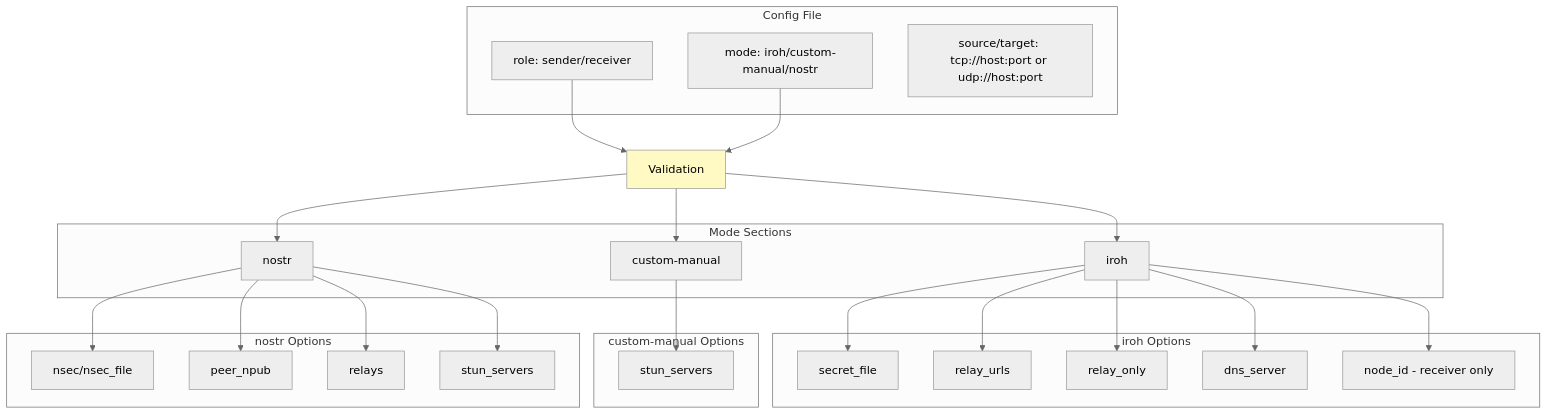
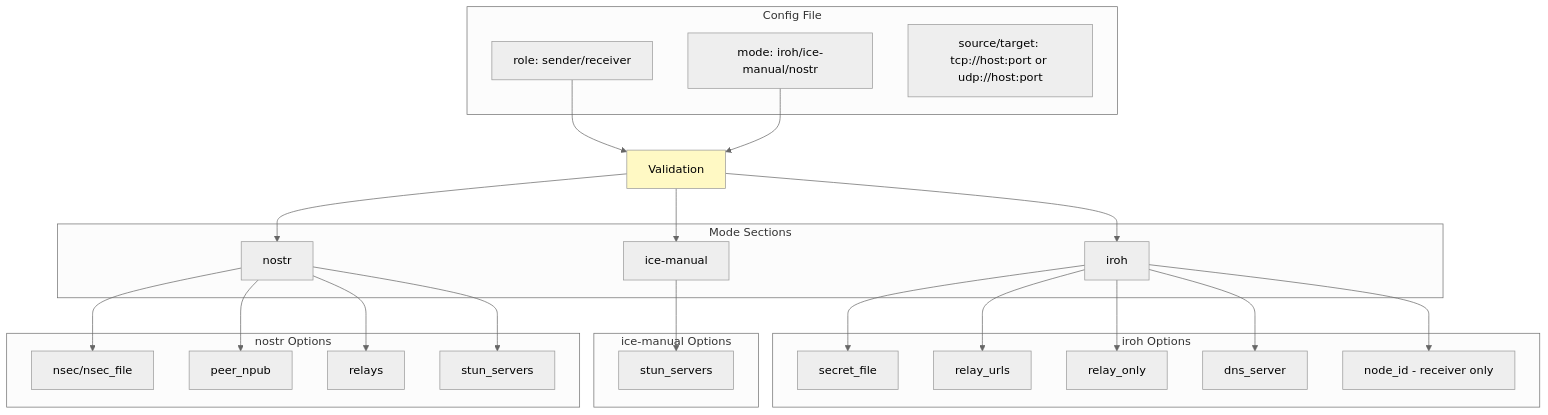
Before and after one commit to andrewtheguy/vpn-rs: diagram 24 of 36 in docs/ARCHITECTURE.md, drawn with Mermaid (neutral theme). The commit also changed other lines of this file and 20 other files, not shown here.

````diff
--- a/docs/ARCHITECTURE.md
+++ b/docs/ARCHITECTURE.md
@@ -1041,53 +1041,53 @@
 ```mermaid
 graph TB
     subgraph "Config File"
         A[role: sender/receiver]
-        B[mode: iroh/custom-manual/nostr]
+        B[mode: iroh/ice-manual/nostr]
         C[source/target: tcp://host:port or udp://host:port]
     end
 
     subgraph "Mode Sections"
         E[iroh]
-        G[custom-manual]
+        G[ice-manual]
         H[nostr]
     end
 
     subgraph "iroh Options"
         I[secret_file]
         J[relay_urls]
         K[relay_only]
         L[dns_server]
         M[node_id - receiver only]
     end
 
-    subgraph "custom-manual Options"
+    subgraph "ice-manual Options"
         N[stun_servers]
     end
 
     subgraph "nostr Options"
         O[nsec/nsec_file]
         P[peer_npub]
         Q[relays]
         R[stun_servers]
     end
 
     A --> S[Validation]
     B --> S
     S --> E
     S --> G
     S --> H
 
     E --> I
     E --> J
     E --> K
     E --> L
     E --> M
 
     G --> N
     H --> O
     H --> P
     H --> Q
     H --> R
 
     style S fill:#FFF9C4
 ```
````
